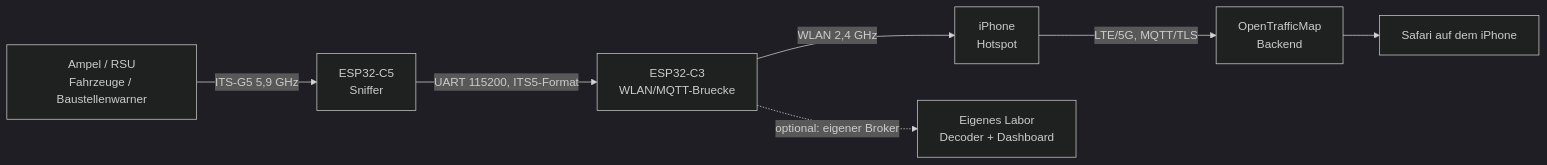
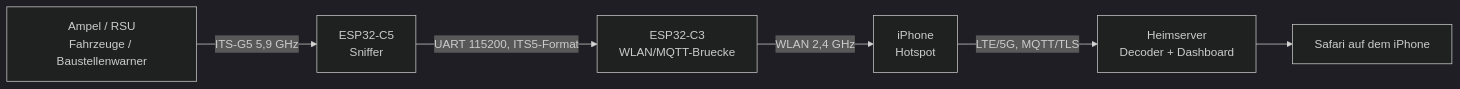
The diagram in README.md (icepaule/Ice-Traffic-Data), drawn with Mermaid (dark theme) before and after one commit. The commit also changed other lines of this file and 26 other files, not shown here.

Commit message:
Decoder (CAM/DENM/SPATEM/MAPEM), Firmware-Patch DevKitM-1, Antennen- und LoRa-Analyse, Heimserver-Entwurf

````diff
--- a/README.md
+++ b/README.md
@@ -9,9 +9,8 @@
 ```mermaid
 flowchart LR
     RSU["Ampel / RSU<br/>Fahrzeuge / Baustellenwarner"] -- "ITS-G5 5,9 GHz" --> C5["ESP32-C5<br/>Sniffer"]
     C5 -- "UART 115200, ITS5-Format" --> C3["ESP32-C3<br/>WLAN/MQTT-Bruecke"]
     C3 -- "WLAN 2,4 GHz" --> HS["iPhone<br/>Hotspot"]
-    HS -- "LTE/5G, MQTT/TLS" --> OTM["OpenTrafficMap<br/>Backend"]
-    OTM --> SAF["Safari auf dem iPhone"]
-    C3 -. "optional: eigener Broker" .-> LAB["Eigenes Labor<br/>Decoder + Dashboard"]
+    HS -- "LTE/5G, MQTT/TLS" --> SRV["Heimserver<br/>Decoder + Dashboard"]
+    SRV --> SAF["Safari auf dem iPhone"]
 ```
````
